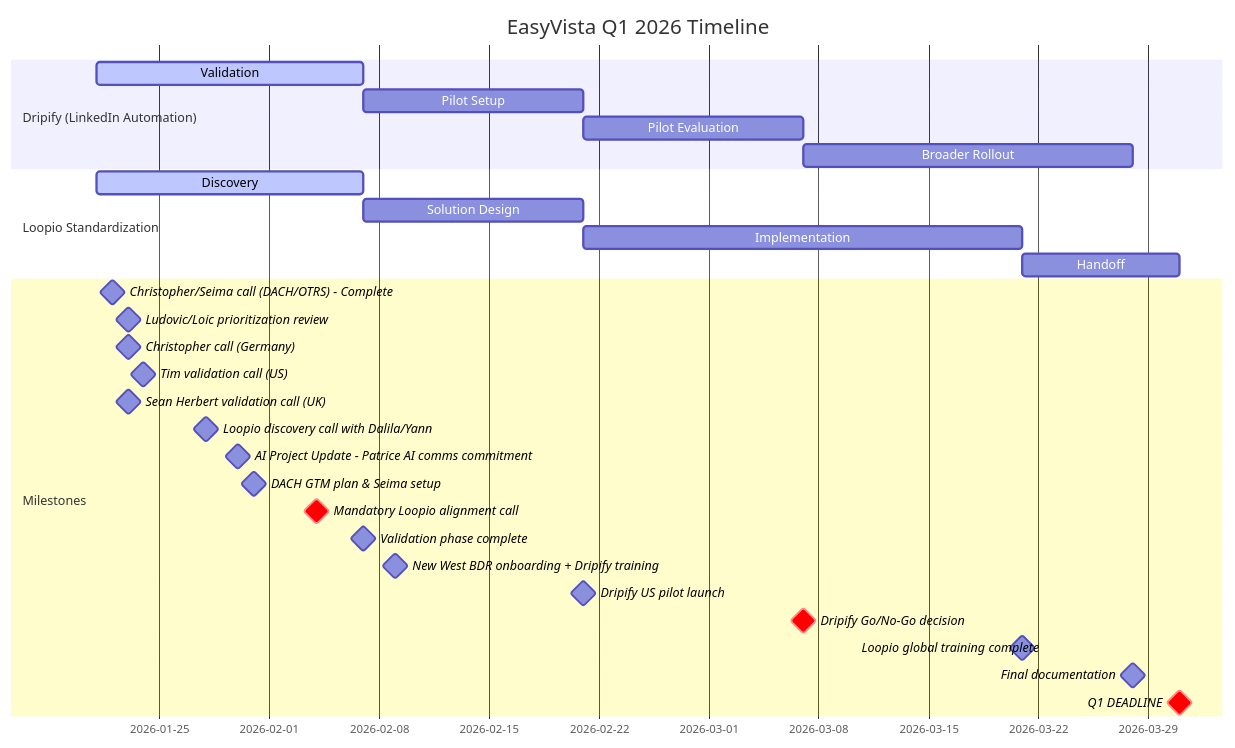
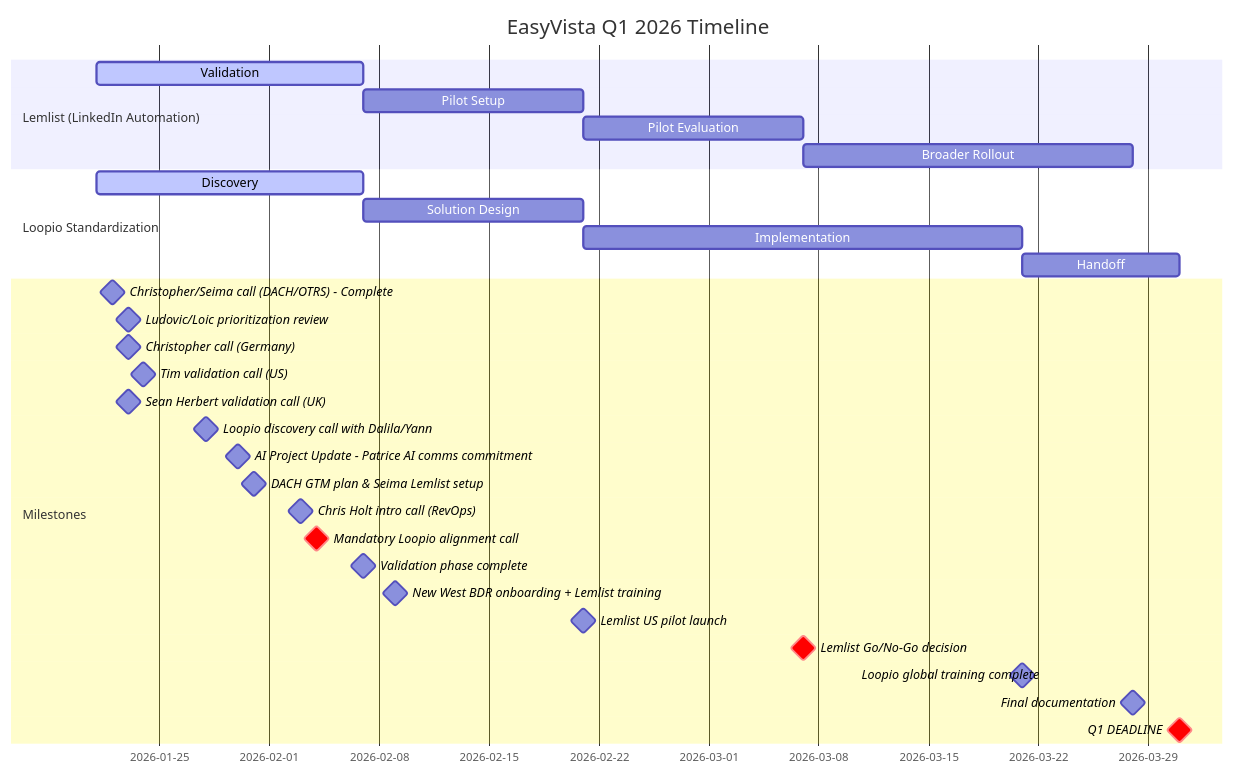
Before and after one commit to pqsoccerboy17/client-timelines: the diagram in easyvista-gantt.mermaid, drawn with Mermaid. The commit also changed 4 other files, not shown here.

First line of the commit message:
Add Chris Holt, replace Dripify with Lemlist

````diff
--- a/easyvista-gantt.mermaid
+++ b/easyvista-gantt.mermaid
@@ -1,35 +1,36 @@
 ```mermaid
 gantt
     title EasyVista Q1 2026 Timeline
     dateFormat YYYY-MM-DD
 
-    section Dripify (LinkedIn Automation)
-    Validation :active, dripify_p0, 2026-01-21, 2026-02-07
-    Pilot Setup :dripify_p1, after dripify_p0, 2026-02-21
-    Pilot Evaluation :dripify_p2, after dripify_p1, 2026-03-07
-    Broader Rollout :dripify_p3, after dripify_p2, 2026-03-28
+    section Lemlist (LinkedIn Automation)
+    Validation :active, lemlist_p0, 2026-01-21, 2026-02-07
+    Pilot Setup :lemlist_p1, after lemlist_p0, 2026-02-21
+    Pilot Evaluation :lemlist_p2, after lemlist_p1, 2026-03-07
+    Broader Rollout :lemlist_p3, after lemlist_p2, 2026-03-28
 
     section Loopio Standardization
     Discovery :active, loopio_p0, 2026-01-21, 2026-02-07
     Solution Design :loopio_p1, after loopio_p0, 2026-02-21
     Implementation :loopio_p2, after loopio_p1, 2026-03-21
     Handoff :loopio_p3, after loopio_p2, 2026-03-31
 
     section Milestones
     Christopher/Seima call (DACH/OTRS) - Complete :milestone, 2026-01-22, 0d
     Ludovic/Loic prioritization review :milestone, 2026-01-23, 0d
     Christopher call (Germany) :milestone, 2026-01-23, 0d
     Tim validation call (US) :milestone, 2026-01-24, 0d
     Sean Herbert validation call (UK) :milestone, 2026-01-23, 0d
     Loopio discovery call with Dalila/Yann :milestone, 2026-01-28, 0d
     AI Project Update - Patrice AI comms commitment :milestone, 2026-01-30, 0d
-    DACH GTM plan & Seima setup :milestone, 2026-01-31, 0d
+    DACH GTM plan & Seima Lemlist setup :milestone, 2026-01-31, 0d
+    Chris Holt intro call (RevOps) :milestone, 2026-02-03, 0d
     Mandatory Loopio alignment call :crit, milestone, 2026-02-04, 0d
     Validation phase complete :milestone, 2026-02-07, 0d
-    New West BDR onboarding + Dripify training :milestone, 2026-02-09, 0d
-    Dripify US pilot launch :milestone, 2026-02-21, 0d
-    Dripify Go/No-Go decision :crit, milestone, 2026-03-07, 0d
+    New West BDR onboarding + Lemlist training :milestone, 2026-02-09, 0d
+    Lemlist US pilot launch :milestone, 2026-02-21, 0d
+    Lemlist Go/No-Go decision :crit, milestone, 2026-03-07, 0d
     Loopio global training complete :milestone, 2026-03-21, 0d
     Final documentation :milestone, 2026-03-28, 0d
     Q1 DEADLINE :crit, milestone, 2026-03-31, 0d
 ```
````
